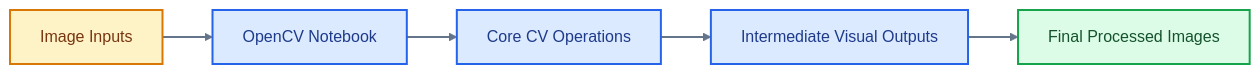
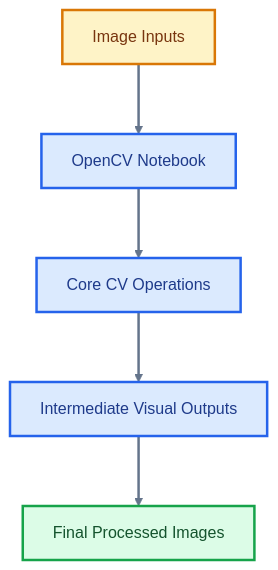
The diagram in README.md (skx56/cv2_assign), drawn with Mermaid before and after one commit.

Commit message:
Make README architecture diagram vertical

````diff
--- a/README.md
+++ b/README.md
@@ -29,17 +29,18 @@
 ```mermaid
-flowchart LR
+%%{init: {"flowchart": {"nodeSpacing": 55, "rankSpacing": 70, "curve": "basis"}, "themeVariables": {"fontSize": "16px", "fontFamily": "Inter, ui-sans-serif, system-ui, -apple-system, BlinkMacSystemFont, Segoe UI, sans-serif"}}}%%
+flowchart TD
   Images["Image Inputs"] --> Notebook["OpenCV Notebook"]
   Notebook --> Operations["Core CV Operations"]
   Operations --> Visuals["Intermediate Visual Outputs"]
   Visuals --> Results["Final Processed Images"]
 
-  classDef inputs fill:#FEF3C7,stroke:#D97706,color:#78350F,stroke-width:2px;
-  classDef process fill:#DBEAFE,stroke:#2563EB,color:#1E3A8A,stroke-width:2px;
-  classDef data fill:#DCFCE7,stroke:#16A34A,color:#14532D,stroke-width:2px;
-  classDef agent fill:#F3E8FF,stroke:#9333EA,color:#581C87,stroke-width:2px;
-  classDef output fill:#FFE4E6,stroke:#E11D48,color:#881337,stroke-width:2px;
+  classDef inputs fill:#FEF3C7,stroke:#D97706,color:#78350F,stroke-width:2.5px;
+  classDef process fill:#DBEAFE,stroke:#2563EB,color:#1E3A8A,stroke-width:2.5px;
+  classDef data fill:#DCFCE7,stroke:#16A34A,color:#14532D,stroke-width:2.5px;
+  classDef agent fill:#F3E8FF,stroke:#9333EA,color:#581C87,stroke-width:2.5px;
+  classDef output fill:#FFE4E6,stroke:#E11D48,color:#881337,stroke-width:2.5px;
   class Images inputs;
   class Notebook,Operations,Visuals process;
   class Results data;
-  linkStyle default stroke:#64748B,stroke-width:2px;
+  linkStyle default stroke:#64748B,stroke-width:2.5px;
 ```
````
